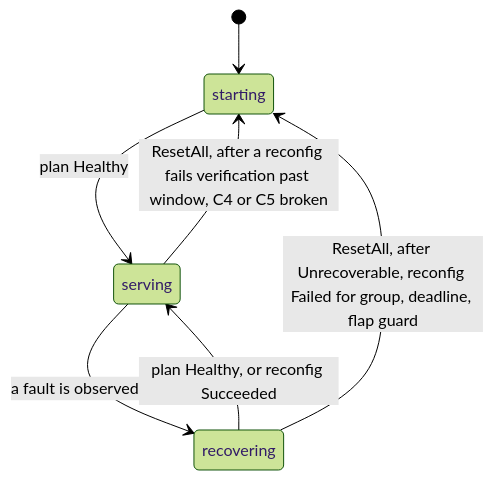
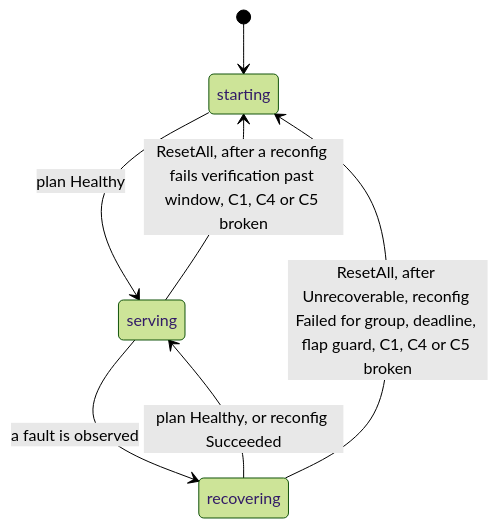
One commit to Etelis/llm-d-resiliency-operator changed the first of 3 diagrams in docs/design/contracts/controller.md. Above: the diagram before and after it, drawn with Mermaid (forest theme). The commit also changed other lines of this file and 1 other file, not shown here.

Commit message:
Say that starting checks nothing: its members are admitted on the first Healthy plan

````diff
--- a/docs/design/contracts/controller.md
+++ b/docs/design/contracts/controller.md
@@ -155,9 +158,9 @@
 ```mermaid
 stateDiagram-v2
   [*] --> starting
   starting --> serving: plan Healthy
   serving --> recovering: a fault is observed
   recovering --> serving: plan Healthy, or reconfig Succeeded
-  serving --> starting: ResetAll, after a reconfig fails verification past window, C4 or C5 broken
-  recovering --> starting: ResetAll, after Unrecoverable, reconfig Failed for group, deadline, flap guard
+  serving --> starting: ResetAll, after a reconfig fails verification past window, C1, C4 or C5 broken
+  recovering --> starting: ResetAll, after Unrecoverable, reconfig Failed for group, deadline, flap guard, C1, C4 or C5 broken
 ```
````
